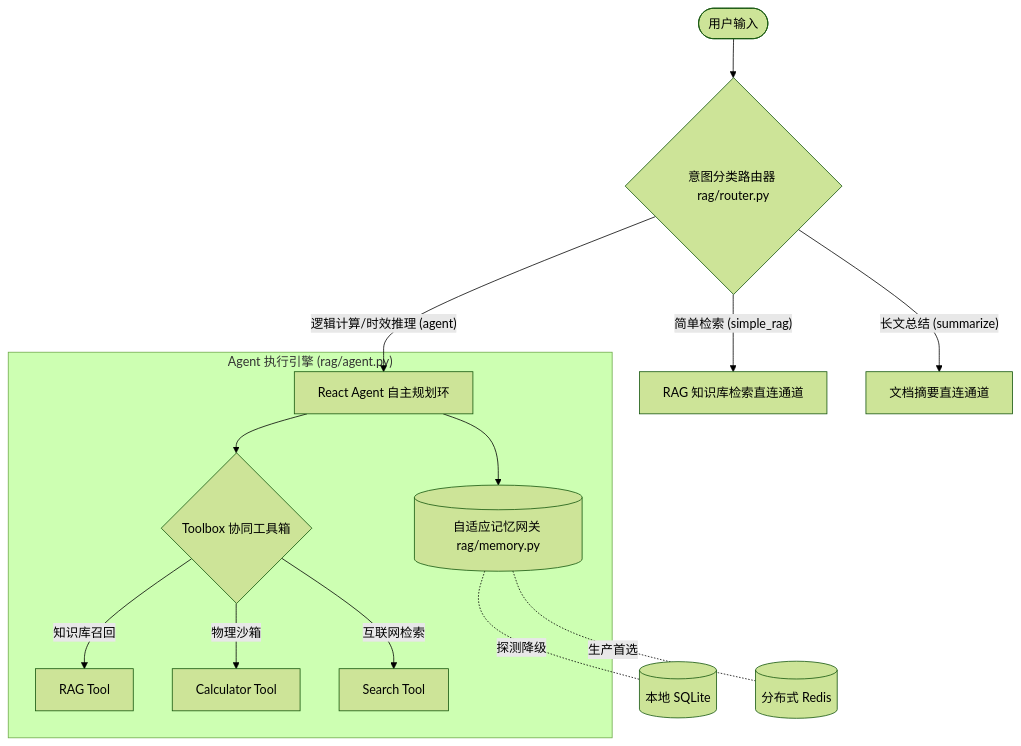
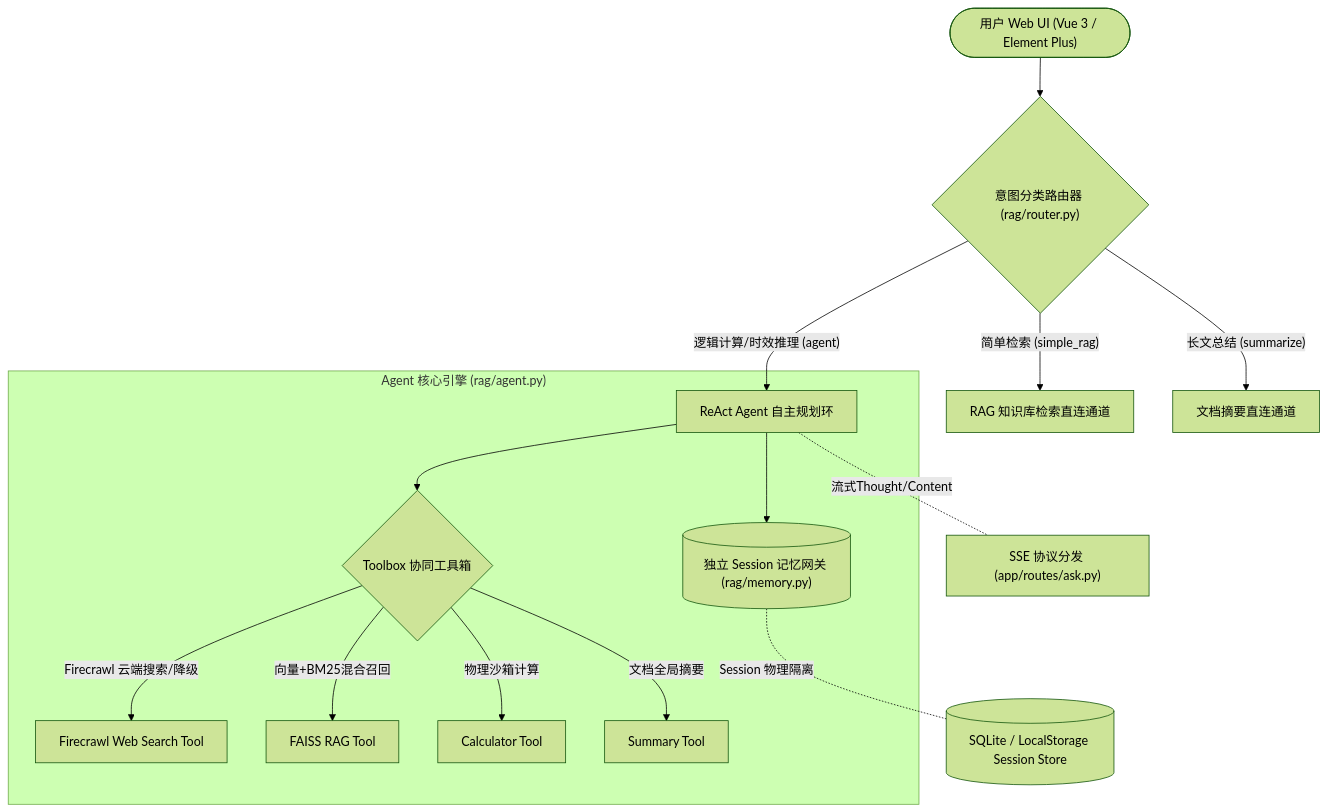
One commit to XuBeiYou408/adaptive-agent changed the diagram in README.md. Above: the diagram before and after it, drawn with Mermaid (forest theme). The commit also changed other lines of this file, not shown here.

Commit message:
docs: 升级全景 README.md 文档至 v2.0 (补充 Firecrawl/Vue3 评估大盘/Session隔离架构说明)

````diff
--- a/README.md
+++ b/README.md
@@ -11,18 +11,19 @@
 ```mermaid
 graph TD
-    User(["用户输入"]) --> Router{"意图分类路由器 rag/router.py"}
+    User(["用户 Web UI (Vue 3 / Element Plus)"]) --> Router{"意图分类路由器 (rag/router.py)"}
     Router -- "简单检索 (simple_rag)" --> RAG["RAG 知识库检索直连通道"]
     Router -- "长文总结 (summarize)" --> Summarize["文档摘要直连通道"]
-    Router -- "逻辑计算/时效推理 (agent)" --> Agent["React Agent 自主规划环"]
+    Router -- "逻辑计算/时效推理 (agent)" --> Agent["ReAct Agent 自主规划环"]
     
-    subgraph agent_engine ["Agent 执行引擎 (rag/agent.py)"]
-        Agent --> Memory[("自适应记忆网关 rag/memory.py")]
+    subgraph agent_engine ["Agent 核心引擎 (rag/agent.py)"]
+        Agent --> Memory[("独立 Session 记忆网关 (rag/memory.py)")]
         Agent --> Tools{"Toolbox 协同工具箱"}
-        Tools -- "知识库召回" --> RAG_Tool["RAG Tool"]
-        Tools -- "物理沙箱" --> Calc_Tool["Calculator Tool"]
-        Tools -- "互联网检索" --> Search_Tool["Search Tool"]
+        Tools -- "Firecrawl 云端搜索/降级" --> FC_Tool["Firecrawl Web Search Tool"]
+        Tools -- "向量+BM25混合召回" --> RAG_Tool["FAISS RAG Tool"]
+        Tools -- "物理沙箱计算" --> Calc_Tool["Calculator Tool"]
+        Tools -- "文档全局摘要" --> Sum_Tool["Summary Tool"]
     end
     
-    Memory -. "探测降级" .- SQLite[("本地 SQLite")]
-    Memory -. "生产首选" .- Redis[("分布式 Redis")]
+    Memory -. " Session 物理隔离 " .- Storage[("SQLite / LocalStorage Session Store")]
+    Agent -. "流式Thought/Content" .- SSE["SSE 协议分发 (app/routes/ask.py)"]
 ```
````
